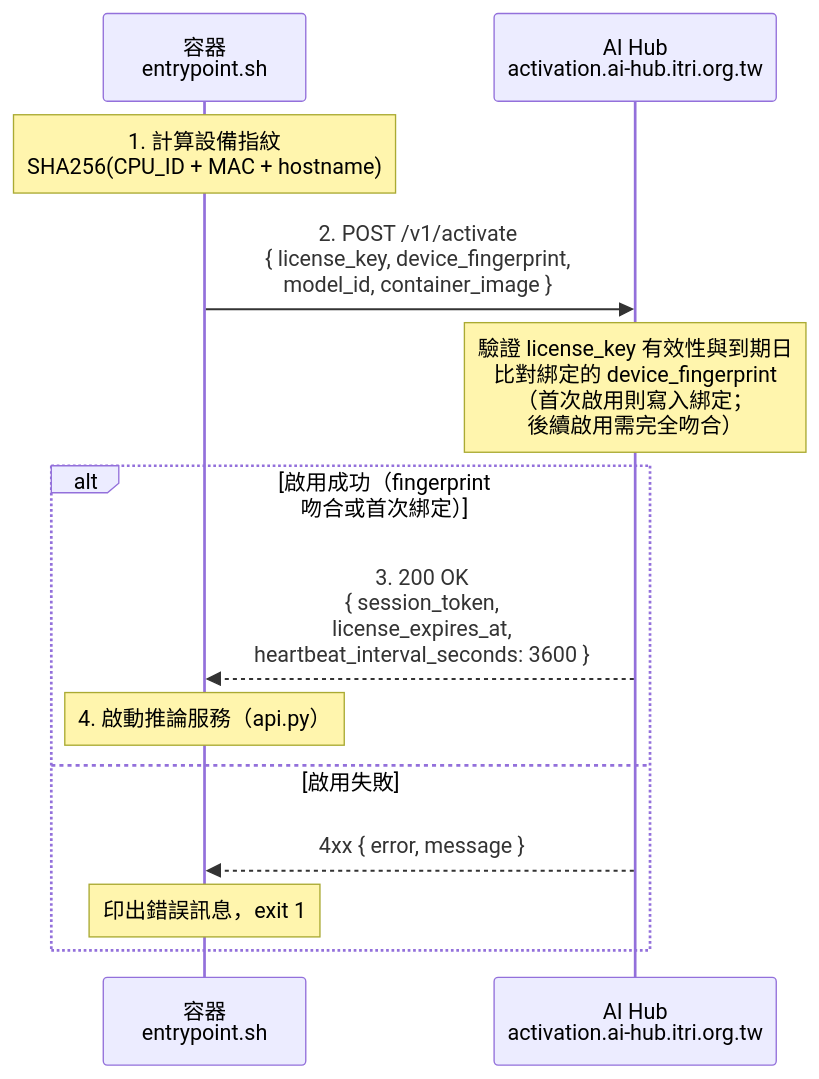
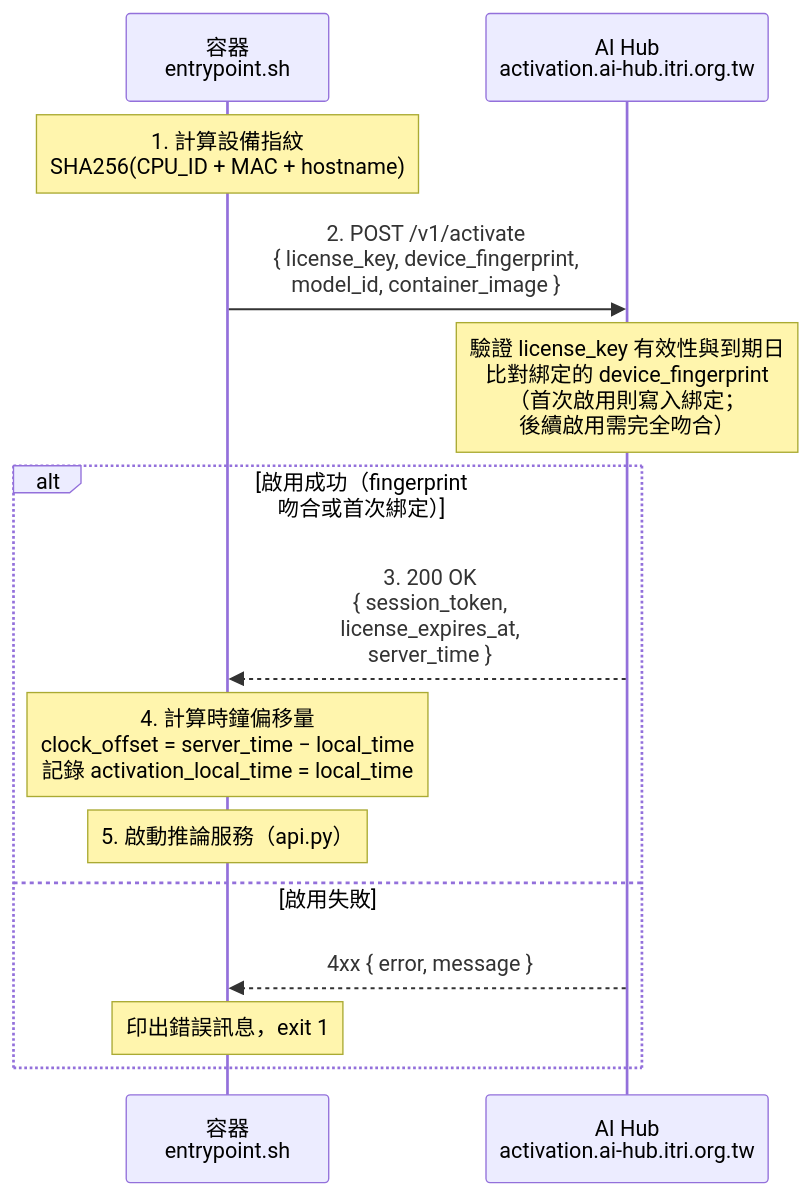
Before and after one commit to t200i/footfit: the first of 2 diagrams in docs/aihub-activation-handshake.md, drawn with Mermaid. The commit also changed other lines of this file and 1 other file, not shown here.

````diff
--- a/docs/aihub-activation-handshake.md
+++ b/docs/aihub-activation-handshake.md
@@ -102,19 +102,20 @@
 ```mermaid
 sequenceDiagram
     participant E as 容器<br/>entrypoint.sh
     participant H as AI Hub<br/>activation.ai-hub.itri.org.tw
 
     Note over E: 1. 計算設備指紋<br/>SHA256(CPU_ID + MAC + hostname)
 
     E->>H: 2. POST /v1/activate<br/>{ license_key, device_fingerprint,<br/>  model_id, container_image }
 
     Note over H: 驗證 license_key 有效性與到期日<br/>比對綁定的 device_fingerprint<br/>（首次啟用則寫入綁定；<br/> 後續啟用需完全吻合）
 
     alt 啟用成功（fingerprint 吻合或首次綁定）
-        H-->>E: 3. 200 OK<br/>{ session_token,<br/>  license_expires_at,<br/>  heartbeat_interval_seconds: 3600 }
-        Note over E: 4. 啟動推論服務（api.py）
+        H-->>E: 3. 200 OK<br/>{ session_token,<br/>  license_expires_at,<br/>  server_time }
+        Note over E: 4. 計算時鐘偏移量<br/>clock_offset = server_time − local_time<br/>記錄 activation_local_time = local_time
+        Note over E: 5. 啟動推論服務（api.py）
     else 啟用失敗
         H-->>E: 4xx { error, message }
         Note over E: 印出錯誤訊息，exit 1
     end
 ```
````
